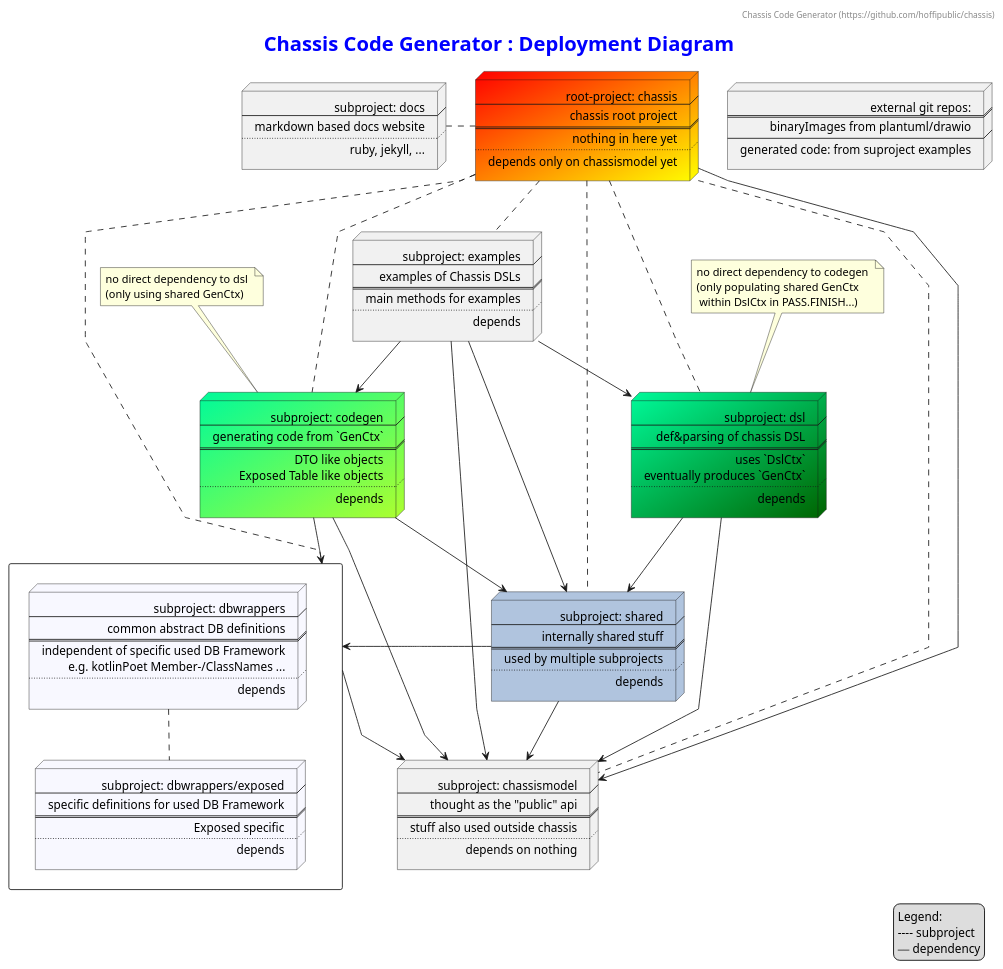
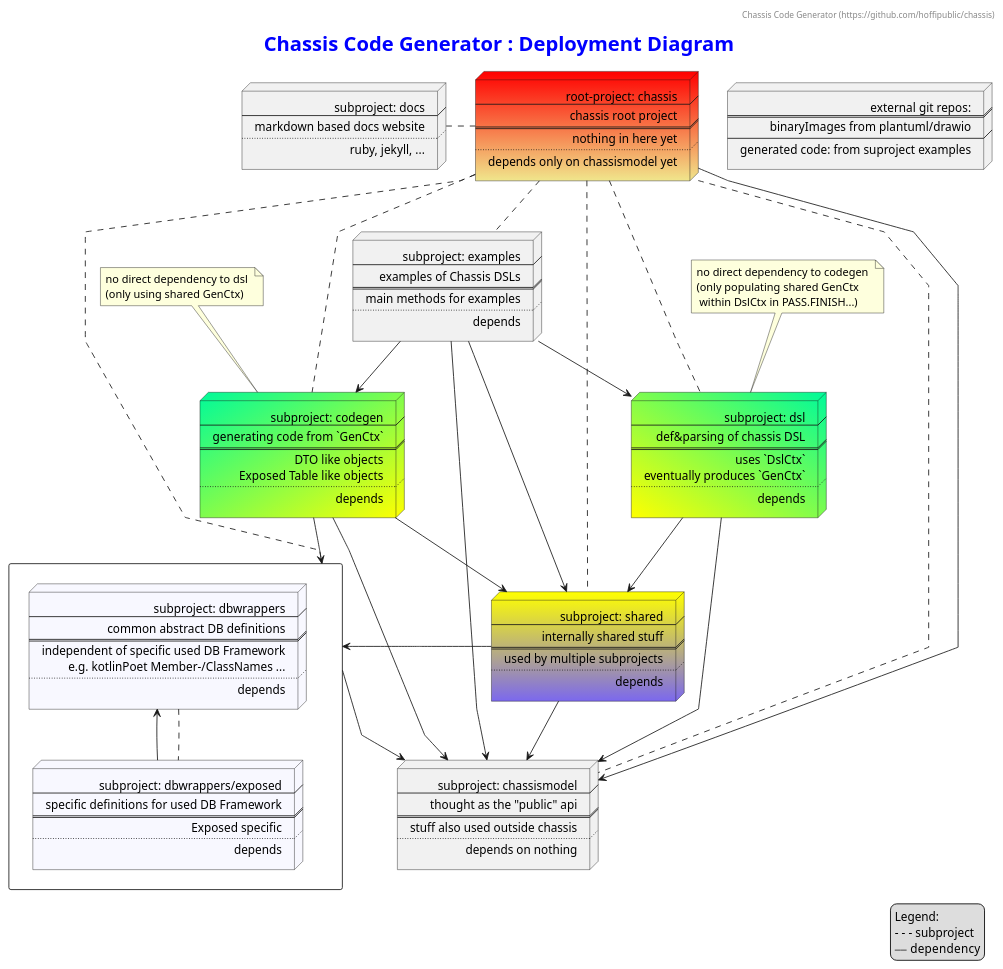
Before and after one commit to hoffipublic/chassis: the diagram in docs/assets/arch/plantuml/arch_projectStructure.plantuml, drawn with PlantUML. The commit also changed 4 other files, not shown here.

```diff
--- a/docs/assets/arch/plantuml/arch_projectStructure.plantuml
+++ b/docs/assets/arch/plantuml/arch_projectStructure.plantuml
@@ -1,148 +1,149 @@
 @startuml
 header Chassis Code Generator (https://github.com/hoffipublic/chassis)
 <style>
   title {
       HorizontalAlignment right
       FontSize 24
       FontColor blue
     }
 </style>
 title Chassis Code Generator : Deployment Diagram
 skinparam linetype polyline /' ortho '/
 top to bottom direction /' left to right direction '/
-node node_chassis #Red/Yellow [
+node node_chassis #Red-Khaki [
   root-project: chassis
   ----
   chassis root project
   ====
   nothing in here yet
   ....
   depends only on chassismodel yet
 ]
 node node_chassismodel [
   subproject: chassismodel
   ----
   thought as the "public" api
   ====
   stuff also used outside chassis
   ....
   depends on nothing
 ]
-node node_codegen #MediumSpringGreen/GreenYellow [
+node node_codegen #MediumSpringGreen/Yellow [
   subproject: codegen
   ----
   generating code from `GenCtx`
   ====
   DTO like objects
   Exposed Table like objects
   ....
   depends
 ]
 rectangle "<U+0000>" as dbwrappers {
     node node_dbwrappers #GhostWhite [
       subproject: dbwrappers
       ----
       common abstract DB definitions
       ====
       independent of specific used DB Framework
       e.g. kotlinPoet Member-/ClassNames ...
       ....
       depends
     ]
     node node_dbwrappers_exposed #GhostWhite [
       subproject: dbwrappers/exposed
       ----
       specific definitions for used DB Framework
       ====
       Exposed specific
       ....
       depends
     ]
+    node_dbwrappers_exposed -up-> node_dbwrappers
 }
 node node_docs [
   subproject: docs
   ----
   markdown based docs website
   ....
   ruby, jekyll, ...
 ]
-node node_dsl #MediumSpringGreen/DarkGreen [
+node node_dsl #Yellow\MediumSpringGreen [
   subproject: dsl
   ----
   def&parsing of chassis DSL
   ====
   uses `DslCtx`
   eventually produces `GenCtx`
   ....
   depends
 ]
 node node_examples [
   subproject: examples
   ----
   examples of Chassis DSLs
   ====
   main methods for examples
   ....
   depends
 ]
-node node_shared #LightSteelBlue [
+node node_shared #Yellow-MediumSlateBlue [
   subproject: shared
   ----
   internally shared stuff
   ====
   used by multiple subprojects
   ....
   depends
 ]
 
 node node_external_projects [
     external git repos:
     ====
     binaryImages from plantuml/drawio
     ----
     generated code: from suproject examples
 ]
 
 
 node_chassis .. node_chassismodel
 node_chassis .down. node_dsl
 node_chassis .down. node_codegen
 node_chassis .. node_shared
 node_chassis .. dbwrappers
 node_dbwrappers .down. node_dbwrappers_exposed
 node_dbwrappers_exposed ..[hidden]right.. node_chassismodel
 node_chassis .down. node_examples
 node_chassis ..left.. node_docs
 
 /' layout variant
 node_chassis -[norank]-> node_chassismodel
 node_dsl -[norank]-> node_chassismodel
 '/
 node_chassis --> node_chassismodel
 node_dsl --> node_chassismodel
 node_dsl --> node_shared
 node_codegen --> node_chassismodel
 node_codegen --> node_shared
 node_codegen --> dbwrappers
 node_shared --> node_chassismodel
 node_shared -left-> dbwrappers
 dbwrappers --> node_chassismodel
 node_examples --> node_chassismodel
 node_examples --> node_shared
 node_examples --> node_dsl
 node_examples --> node_codegen
 
 note "no direct dependency to codegen \n(only populating shared GenCtx\n within DslCtx in PASS.FINISH...)" as comment_independent_for_dsl
 note "no direct dependency to dsl \n(only using shared GenCtx)" as comment_independent_for_codegen
 node_dsl <-[dotted]up-> comment_independent_for_dsl
 node_codegen <-[dotted]up-> comment_independent_for_codegen
 
 node_dsl <-[dotted,hidden]left-> node_codegen : NO(!!!) direct dependency\l(only using shared GenCtx)
 
 legend right
 Legend:
----- subproject
-<U+23AF><U+23AF> dependency
+- - - subproject
+<U+23AF><U+23AF>  dependency
 end legend
 
 @enduml
```
